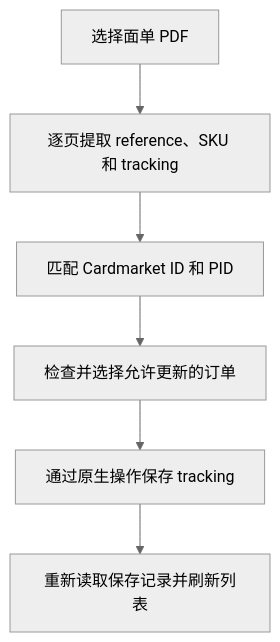
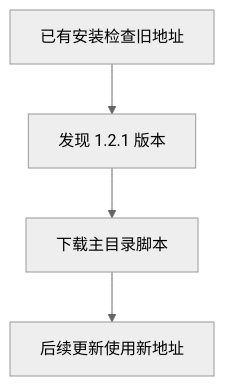
One commit to tjx0726/P9_Tampermonkey changed the diagram in tcgpowertools-tracking/README.zh-CN.md. Above: the diagram before and after it, drawn with Mermaid (neutral theme). The commit also changed other lines of this file and 16 other files, not shown here.

````diff
--- a/tcgpowertools-tracking/README.zh-CN.md
+++ b/tcgpowertools-tracking/README.zh-CN.md
@@ -31,8 +11,6 @@
 ```mermaid
 flowchart TD
-    A[选择面单 PDF] --> B[逐页提取 reference、SKU 和 tracking]
-    B --> C[匹配 Cardmarket ID 和 PID]
-    C --> D[检查并选择允许更新的订单]
-    D --> E[通过原生操作保存 tracking]
-    E --> F[重新读取保存记录并刷新列表]
+    A[已有安装检查旧地址] --> B[发现 1.2.1 版本]
+    B --> C[下载主目录脚本]
+    C --> D[后续更新使用新地址]
 ```
````
